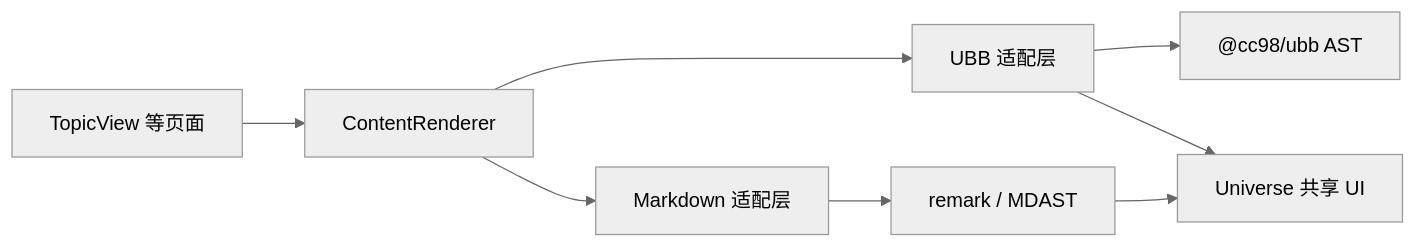
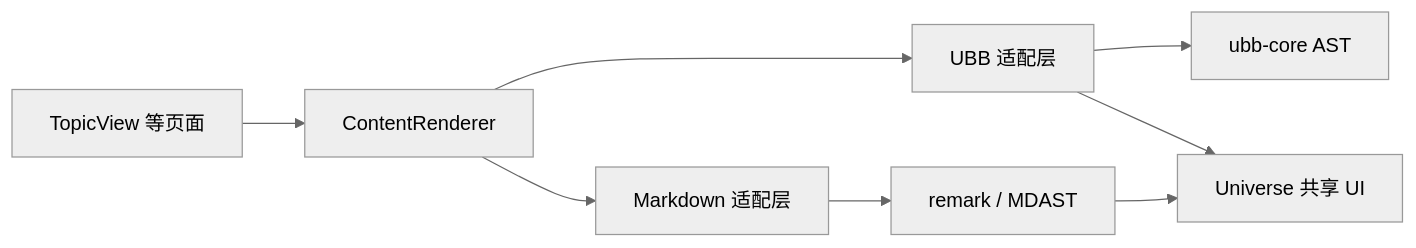
Before and after one commit to shellRaining/cc98: the third of 4 diagrams in docs/ARCHITECTURE.md, drawn with Mermaid (neutral theme). The commit also changed other lines of this file and 35 other files, not shown here.

First line of the commit message:
feat(ubb): 提取跨语言一致性语料并改名 ubb-core

````diff
--- a/docs/ARCHITECTURE.md
+++ b/docs/ARCHITECTURE.md
@@ -48,10 +48,10 @@
 ```mermaid
 flowchart LR
   page["TopicView 等页面"] --> content["ContentRenderer"]
   content --> ubb["UBB 适配层"]
   content --> markdown["Markdown 适配层"]
-  ubb --> parser["@cc98/ubb AST"]
+  ubb --> parser["ubb-core AST"]
   ubb --> universe["Universe 共享 UI"]
   markdown --> remark["remark / MDAST"]
   remark --> universe
 ```
````
